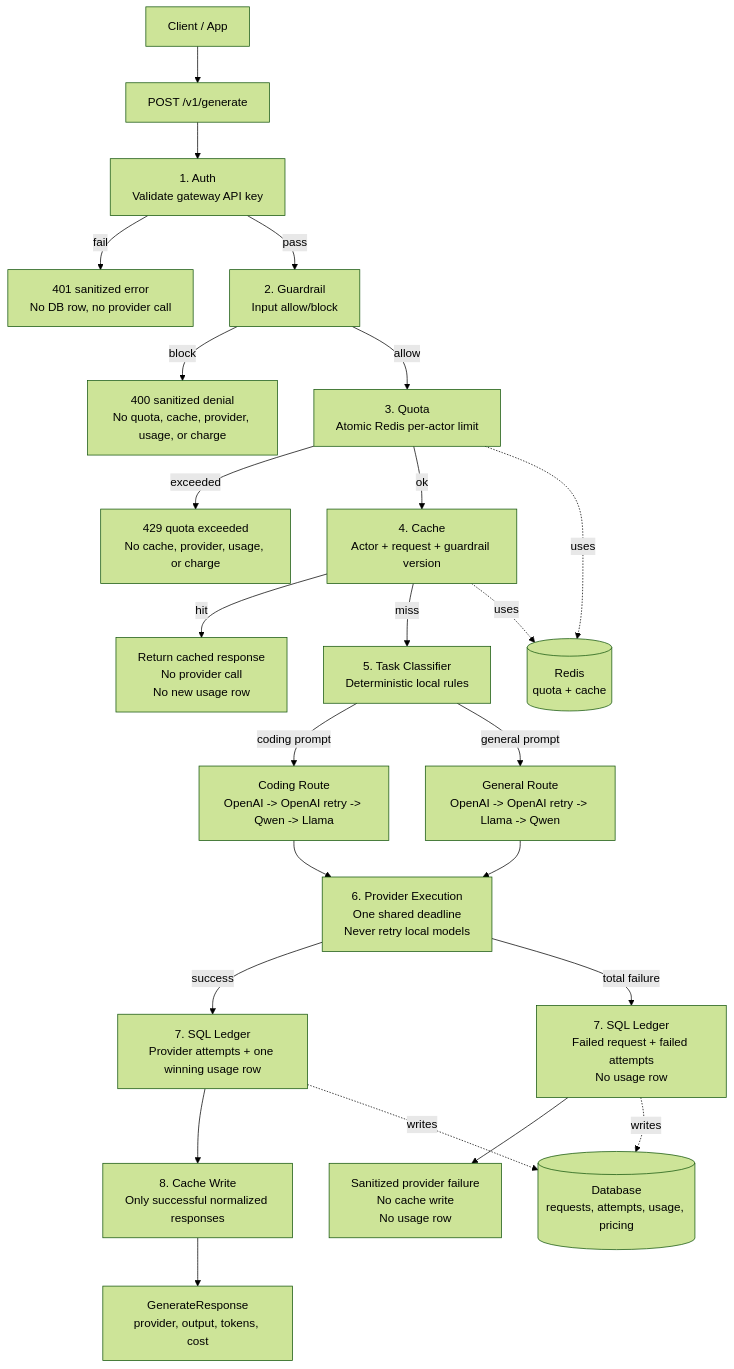
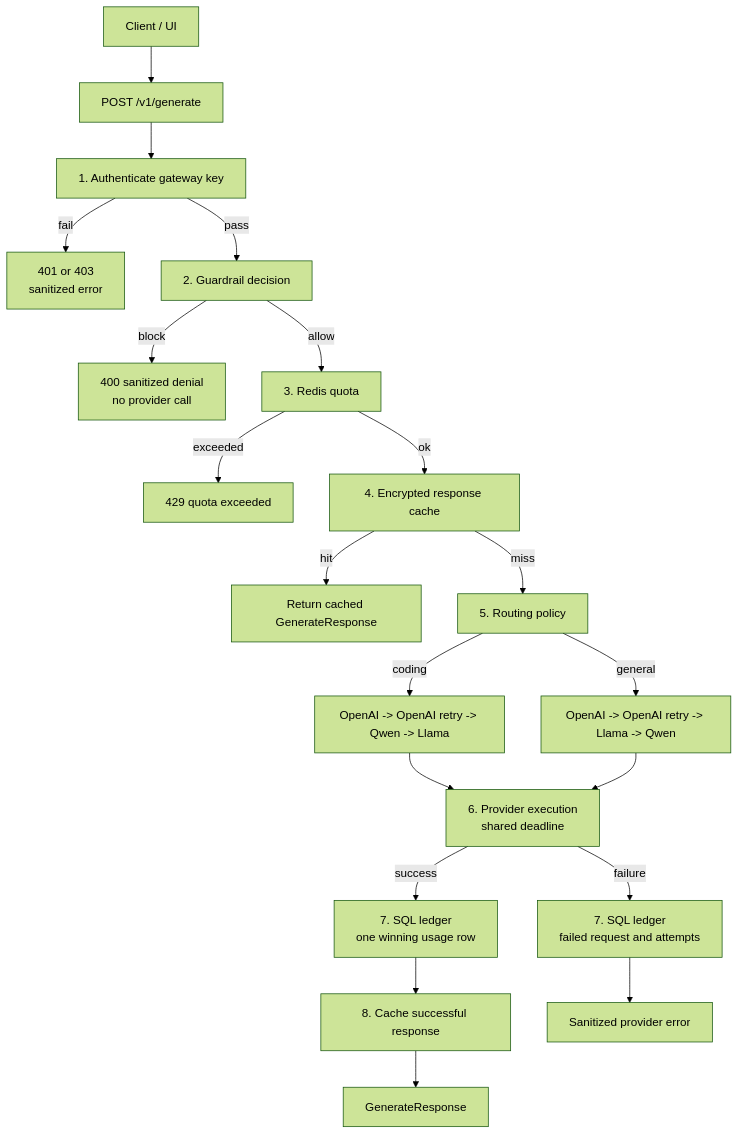
The second of 2 diagrams in README.md (mthinhngn/Porta), drawn with Mermaid (forest theme) before and after one commit. The commit also changed other lines of this file and 32 other files, not shown here.

````diff
--- a/README.md
+++ b/README.md
@@ -6,36 +67,30 @@
 ```mermaid
 flowchart TD
-    Client["Client / App"] --> API["POST /v1/generate"]
+    Client["Client / UI"] --> API["POST /v1/generate"]
 
-    API --> Auth["1. Auth<br/>Validate gateway API key"]
-    Auth -->|fail| AuthFail["401 sanitized error<br/>No DB row, no provider call"]
+    API --> Auth["1. Authenticate gateway key"]
+    Auth -->|fail| AuthFail["401 or 403<br/>sanitized error"]
 
-    Auth -->|pass| Guardrail["2. Guardrail<br/>Input allow/block"]
-    Guardrail -->|block| Blocked["400 sanitized denial<br/>No quota, cache, provider, usage, or charge"]
+    Auth -->|pass| Guardrail["2. Guardrail decision"]
+    Guardrail -->|block| Blocked["400 sanitized denial<br/>no provider call"]
 
-    Guardrail -->|allow| Quota["3. Quota<br/>Atomic Redis per-actor limit"]
-    Quota -->|exceeded| QuotaFail["429 quota exceeded<br/>No cache, provider, usage, or charge"]
+    Guardrail -->|allow| Quota["3. Redis quota"]
+    Quota -->|exceeded| QuotaFail["429 quota exceeded"]
 
-    Quota -->|ok| Cache["4. Cache<br/>Actor + request + guardrail version"]
-    Cache -->|hit| CacheHit["Return cached response<br/>No provider call<br/>No new usage row"]
+    Quota -->|ok| Cache["4. Encrypted response cache"]
+    Cache -->|hit| CacheHit["Return cached GenerateResponse"]
+    Cache -->|miss| Classifier["5. Routing policy"]
 
-    Cache -->|miss| Classifier["5. Task Classifier<br/>Deterministic local rules"]
+    Classifier -->|coding| Coding["OpenAI -> OpenAI retry -> Qwen -> Llama"]
+    Classifier -->|general| General["OpenAI -> OpenAI retry -> Llama -> Qwen"]
 
-    Classifier -->|coding prompt| CodingRoute["Coding Route<br/>OpenAI -> OpenAI retry -> Qwen -> Llama"]
-    Classifier -->|general prompt| GeneralRoute["General Route<br/>OpenAI -> OpenAI retry -> Llama -> Qwen"]
+    Coding --> Provider["6. Provider execution<br/>shared deadline"]
+    General --> Provider
 
-    CodingRoute --> ProviderExec["6. Provider Execution<br/>One shared deadline<br/>Never retry local models"]
-    GeneralRoute --> ProviderExec
+    Provider -->|success| Ledger["7. SQL ledger<br/>one winning usage row"]
+    Provider -->|failure| Failure["7. SQL ledger<br/>failed request and attempts"]
 
-    ProviderExec -->|success| Ledger["7. SQL Ledger<br/>Provider attempts + one winning usage row"]
-    ProviderExec -->|total failure| FailureLedger["7. SQL Ledger<br/>Failed request + failed attempts<br/>No usage row"]
-    FailureLedger --> ProviderFail["Sanitized provider failure<br/>No cache write<br/>No usage row"]
-
-    Ledger --> CacheWrite["8. Cache Write<br/>Only successful normalized responses"]
-    CacheWrite --> Response["GenerateResponse<br/>provider, output, tokens, cost"]
-
-    Quota -.uses.-> Redis[("Redis<br/>quota + cache")]
-    Cache -.uses.-> Redis
-    Ledger -.writes.-> DB[("Database<br/>requests, attempts, usage, pricing")]
-    FailureLedger -.writes.-> DB
+    Ledger --> CacheWrite["8. Cache successful response"]
+    CacheWrite --> Response["GenerateResponse"]
+    Failure --> Error["Sanitized provider error"]
 ```
````
